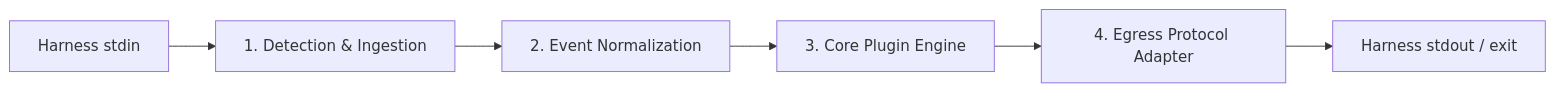
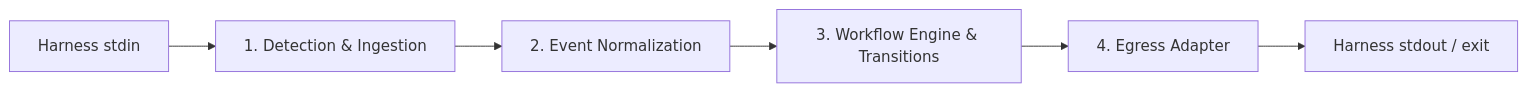
One commit to lukstei/wf changed the diagram in docs/packaging.md. Above: the diagram before and after it, drawn with Mermaid. The commit also changed other lines of this file and 26 other files, not shown here.

````diff
--- a/docs/packaging.md
+++ b/docs/packaging.md
@@ -178,8 +146,8 @@
 ```mermaid
 flowchart LR
     A[Harness stdin] --> B[1. Detection & Ingestion]
     B --> C[2. Event Normalization]
-    C --> D[3. Core Plugin Engine]
-    D --> E[4. Egress Protocol Adapter]
+    C --> D[3. Workflow Engine & Transitions]
+    D --> E[4. Egress Adapter]
     E --> F[Harness stdout / exit]
 ```
````
